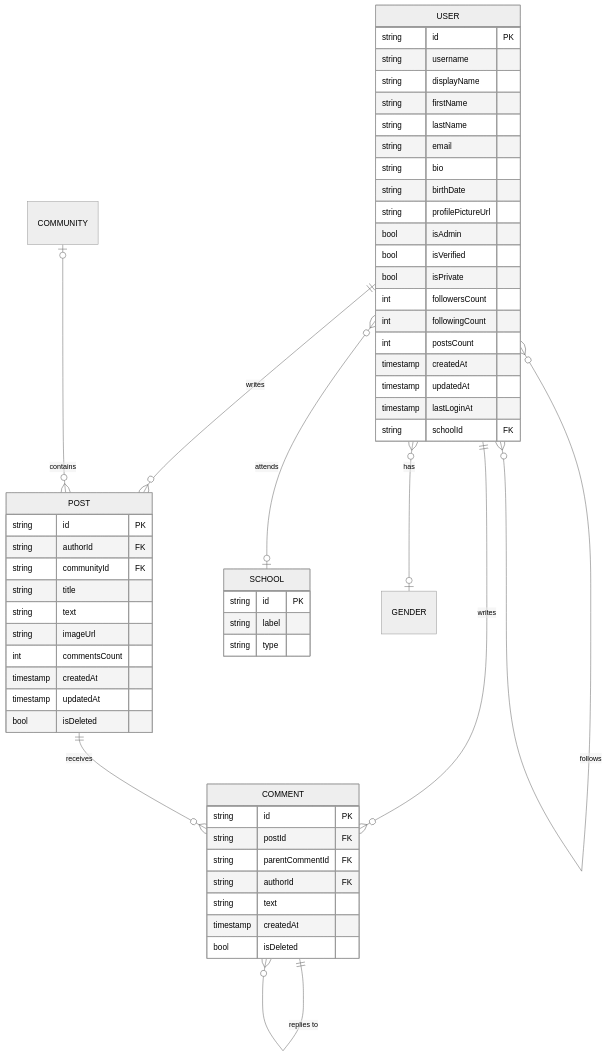
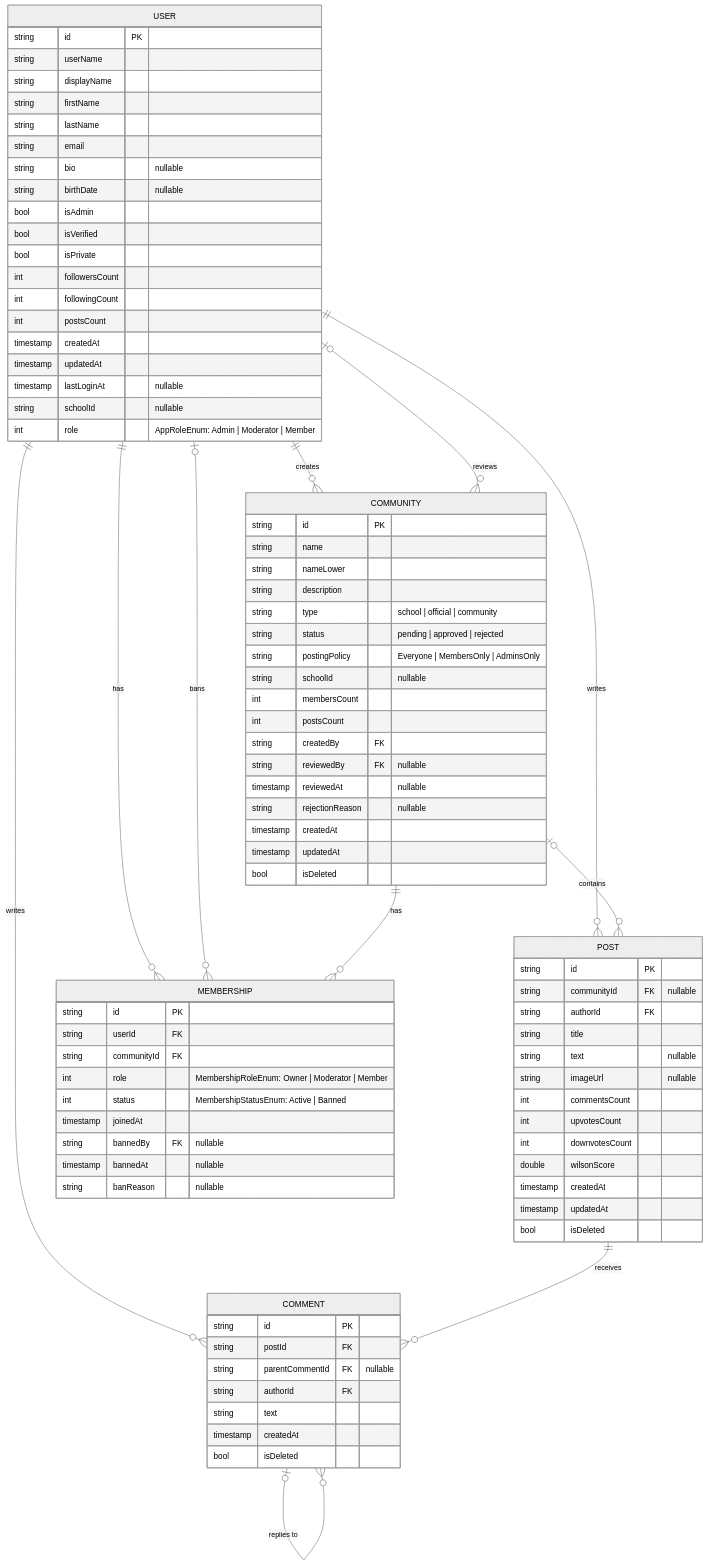
One commit to Same-school/SameAPI changed the diagram in MLD.md. Above: the diagram before and after it, drawn with Mermaid (neutral theme). The commit also changed other lines of this file, not shown here.

````diff
--- a/MLD.md
+++ b/MLD.md
@@ -6,23 +4,24 @@
 erDiagram
     USER ||--o{ POST : "writes"
     USER ||--o{ COMMENT : "writes"
-    USER }o--o{ USER : "follows"
-    USER }o--o| SCHOOL : "attends"
-    USER }o--o| GENDER : "has"
+    USER ||--o{ MEMBERSHIP : "has"
+    USER ||--o{ COMMUNITY : "creates"
+    USER |o--o{ COMMUNITY : "reviews"
+    USER |o--o{ MEMBERSHIP : "bans"
+    COMMUNITY ||--o{ MEMBERSHIP : "has"
+    COMMUNITY |o--o{ POST : "contains"
     POST ||--o{ COMMENT : "receives"
-    COMMENT ||--o{ COMMENT : "replies to"
-    COMMUNITY |o--o{ POST : "contains"
+    COMMENT |o--o{ COMMENT : "replies to"
 
     USER {
         string id PK
-        string username
+        string userName
         string displayName
         string firstName
         string lastName
         string email
-        string bio
-        string birthDate
-        string profilePictureUrl
+        string bio "nullable"
+        string birthDate "nullable"
         bool isAdmin
         bool isVerified
         bool isPrivate
@@ -31,17 +30,51 @@
         int postsCount
         timestamp createdAt
         timestamp updatedAt
-        timestamp lastLoginAt
-        string schoolId FK
+        timestamp lastLoginAt "nullable"
+        string schoolId "nullable"
+        int role "AppRoleEnum: Admin | Moderator | Member"
+    }
+    COMMUNITY {
+        string id PK
+        string name
+        string nameLower
+        string description
+        string type "school | official | community"
+        string status "pending | approved | rejected"
+        string postingPolicy "Everyone | MembersOnly | AdminsOnly"
+        string schoolId "nullable"
+        int membersCount
+        int postsCount
+        string createdBy FK
+        string reviewedBy FK "nullable"
+        timestamp reviewedAt "nullable"
+        string rejectionReason "nullable"
+        timestamp createdAt
+        timestamp updatedAt
+        bool isDeleted
+    }
+    MEMBERSHIP {
+        string id PK
+        string userId FK
+        string communityId FK
+        int role "MembershipRoleEnum: Owner | Moderator | Member"
+        int status "MembershipStatusEnum: Active | Banned"
+        timestamp joinedAt
+        string bannedBy FK "nullable"
+        timestamp bannedAt "nullable"
+        string banReason "nullable"
     }
     POST {
         string id PK
+        string communityId FK "nullable"
         string authorId FK
-        string communityId FK
         string title
-        string text
-        string imageUrl
+        string text "nullable"
+        string imageUrl "nullable"
         int commentsCount
+        int upvotesCount
+        int downvotesCount
+        double wilsonScore
         timestamp createdAt
         timestamp updatedAt
         bool isDeleted
@@ -49,15 +82,10 @@
     COMMENT {
         string id PK
         string postId FK
-        string parentCommentId FK
+        string parentCommentId FK "nullable"
         string authorId FK
         string text
         timestamp createdAt
         bool isDeleted
     }
-    SCHOOL {
-        string id PK
-        string label
-        string type
-    }
 ```
````
